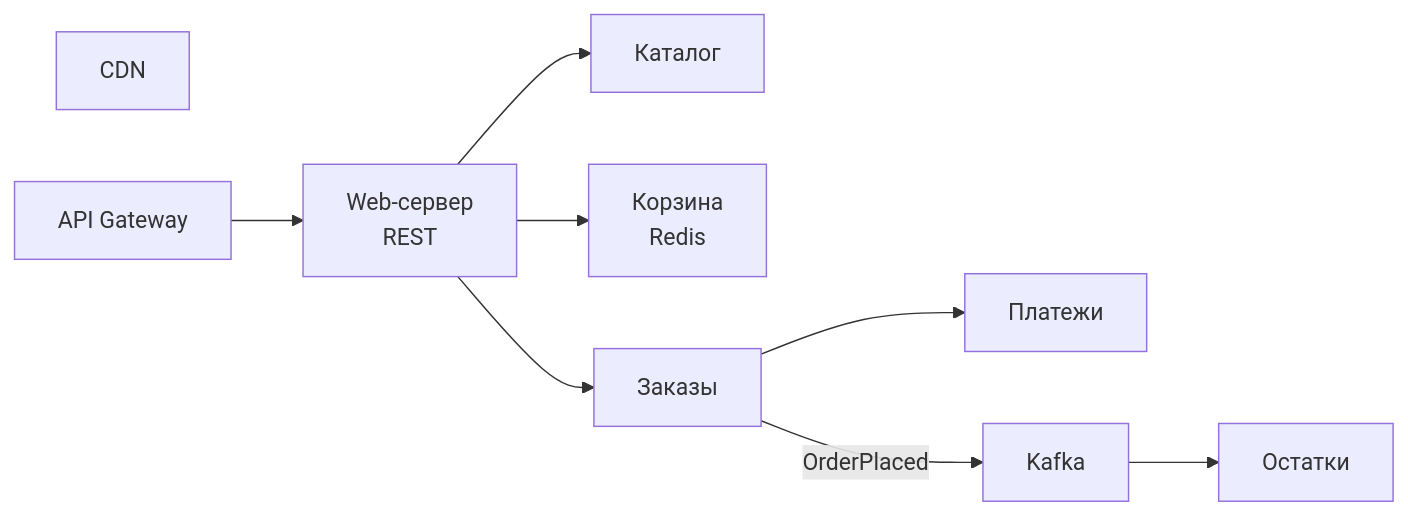
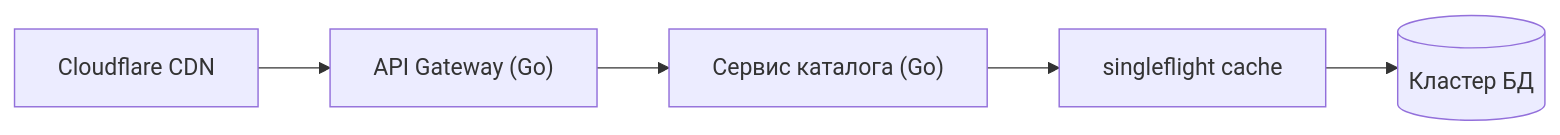
The tenth of 10 diagrams in sources/11. Архитектура и System Design/52. Разбор типичных System Design задач.md (UnrealTemplier/go-textbook), drawn with Mermaid before and after one commit. The commit also changed other lines of this file, not shown here.

````diff
--- a/sources/11. Архитектура и System Design/52. Разбор типичных System Design задач.md
+++ b/sources/11. Архитектура и System Design/52. Разбор типичных System Design задач.md
@@ -418,18 +438,10 @@
 ```mermaid
 flowchart LR
-    CDN["CDN"]
-    Gateway["API Gateway"]
-    Web["Web-сервер<br>REST"]
-    Catalog["Каталог"]
-    Cart["Корзина<br>Redis"]
-    Order["Заказы"]
-    Payment["Платежи"]
-    Inventory["Остатки"]
-    Kafka["Kafka"]
+    CDN["Cloudflare CDN"]
+    Gateway["API Gateway (Go)"]
+    Catalog["Сервис каталога (Go)"]
+    SingleFlight["singleflight cache"]
+    DB[("Кластер БД")]
 
-    Gateway --> Web
-    Web --> Catalog
-    Web --> Cart
-    Web --> Order --> Payment
-    Order -->|"OrderPlaced"| Kafka --> Inventory
+    CDN --> Gateway --> Catalog --> SingleFlight --> DB
 ```
````
